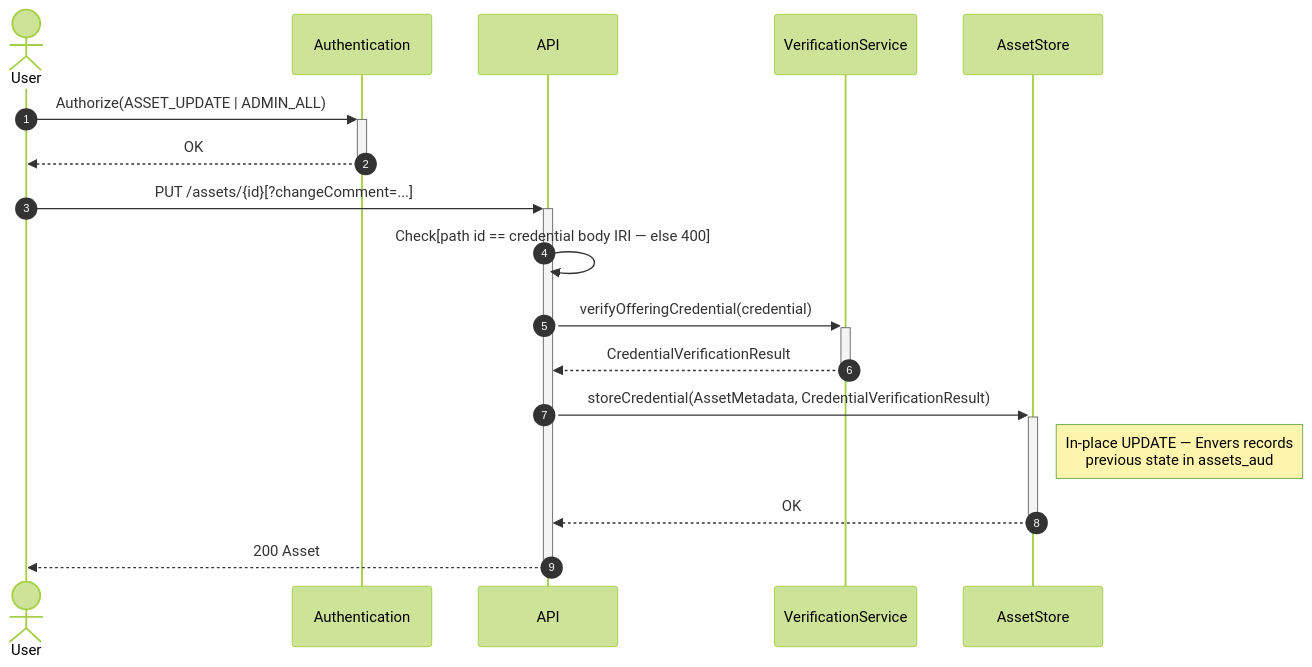
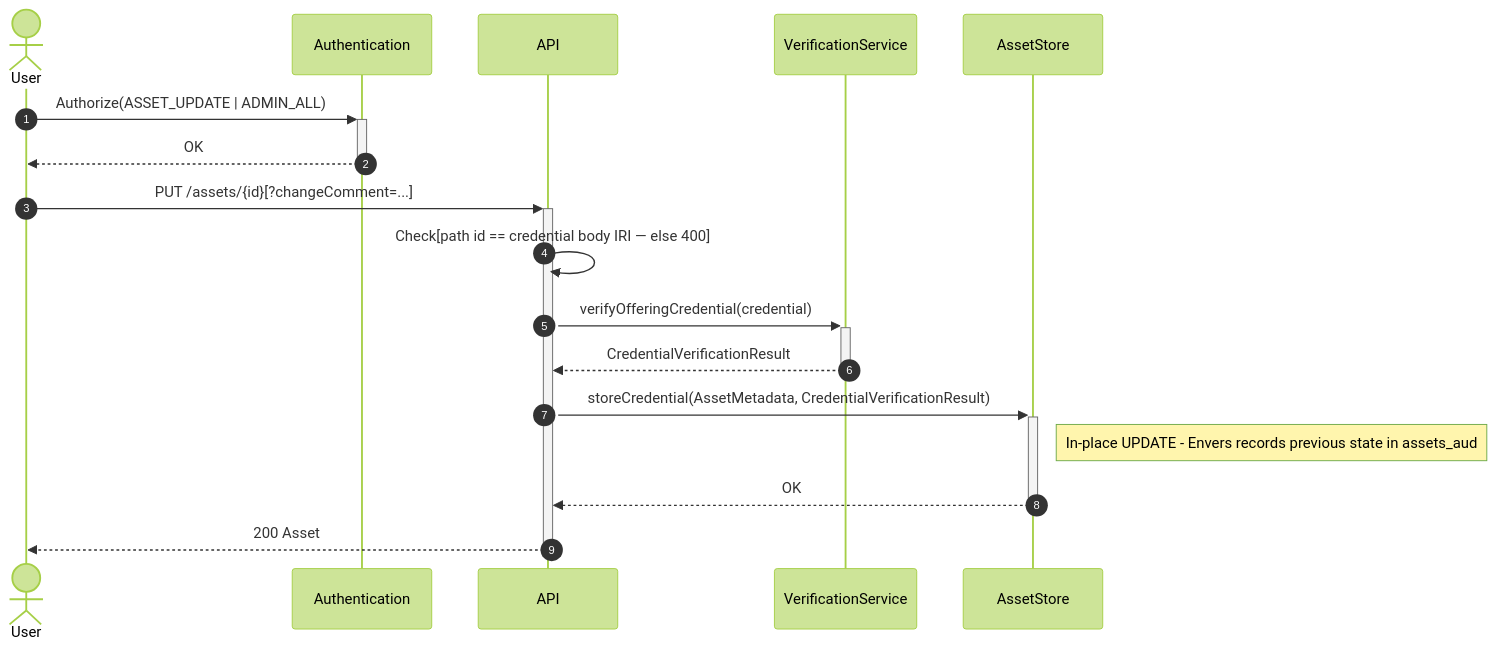
Diagram 19 of 44 in federated-catalogue/src/docs/architecture/chapters/06_runtime_view.adoc (stevenschwenke/federated-catalogue-docs), drawn with Mermaid (forest theme) before and after one commit. The commit also changed other lines of this file, not shown here.

Commit message:
Fix Mermaid CLI setup

```diff
--- a/federated-catalogue/src/docs/architecture/chapters/06_runtime_view.adoc
+++ b/federated-catalogue/src/docs/architecture/chapters/06_runtime_view.adoc
@@ -675,20 +675,20 @@
 [mermaid, width=2000]
 ....
 sequenceDiagram
     autonumber
     actor User
     participant Auth as Authentication
     participant API
     participant VerificationService
     participant AssetStore as AssetStore
     User ->> + Auth:Authorize(ASSET_UPDATE | ADMIN_ALL)
     Auth -->> - User:OK
     User ->> + API:PUT /assets/{id}[?changeComment=...]
     API ->> API:Check[path id == credential body IRI — else 400]
     API ->> + VerificationService:verifyOfferingCredential(credential)
     VerificationService -->> - API:CredentialVerificationResult
     API ->> + AssetStore:storeCredential(AssetMetadata, CredentialVerificationResult)
-    Note right of AssetStore: In-place UPDATE — Envers records<br/>previous state in assets_aud
+    Note right of AssetStore: In-place UPDATE - Envers records previous state in assets_aud
     AssetStore -->> - API:OK
     API -->> - User:200 Asset
 ....
```
